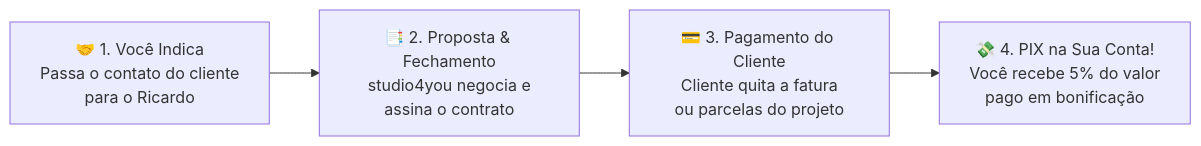
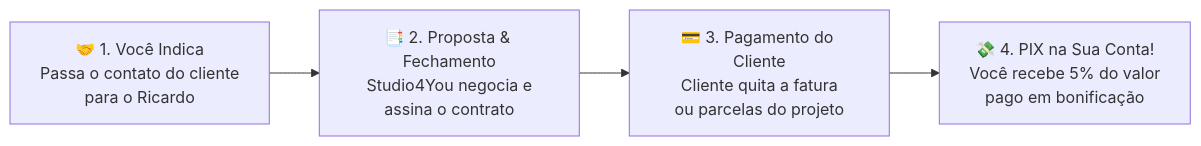
One commit to Roliveira96/manual-do-calouro changed the second of 2 diagrams in docs/08-beneficios-e-ferramentas-premium.md. Above: the diagram before and after it, drawn with Mermaid. The commit also changed other lines of this file and 15 other files, not shown here.

Commit message:
docs: padroniza a grafia da marca para Studio4You

````diff
--- a/docs/08-beneficios-e-ferramentas-premium.md
+++ b/docs/08-beneficios-e-ferramentas-premium.md
@@ -87,6 +87,6 @@
 ```mermaid
 flowchart LR
-    A["🤝 1. Você Indica\nPassa o contato do cliente\npara o Ricardo"] --> B["📑 2. Proposta & Fechamento\nstudio4you negocia e\nassina o contrato"]
+    A["🤝 1. Você Indica\nPassa o contato do cliente\npara o Ricardo"] --> B["📑 2. Proposta & Fechamento\nStudio4You negocia e\nassina o contrato"]
     B --> C["💳 3. Pagamento do Cliente\nCliente quita a fatura\nou parcelas do projeto"]
     C --> D["💸 4. PIX na Sua Conta!\nVocê recebe 5% do valor\npago em bonificação"]
 ```
````
